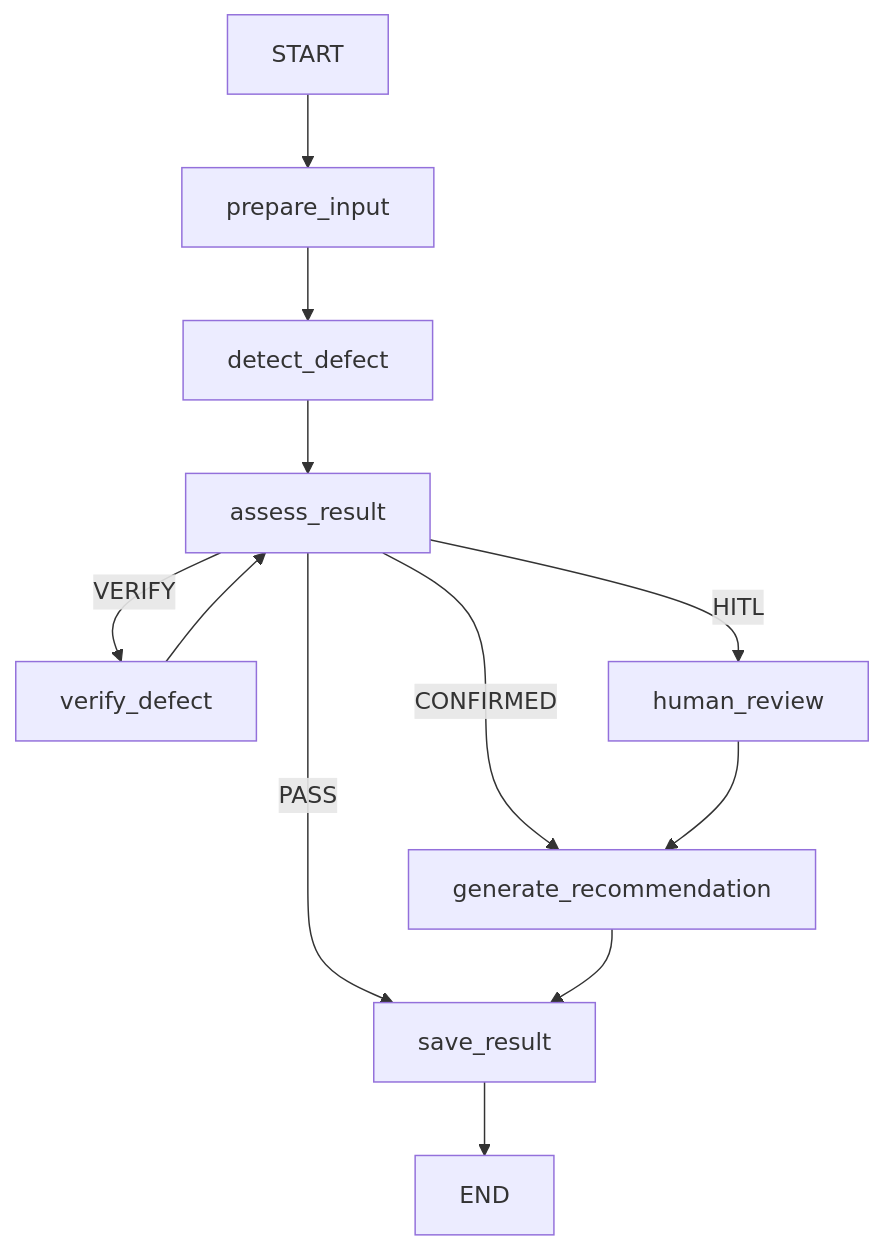
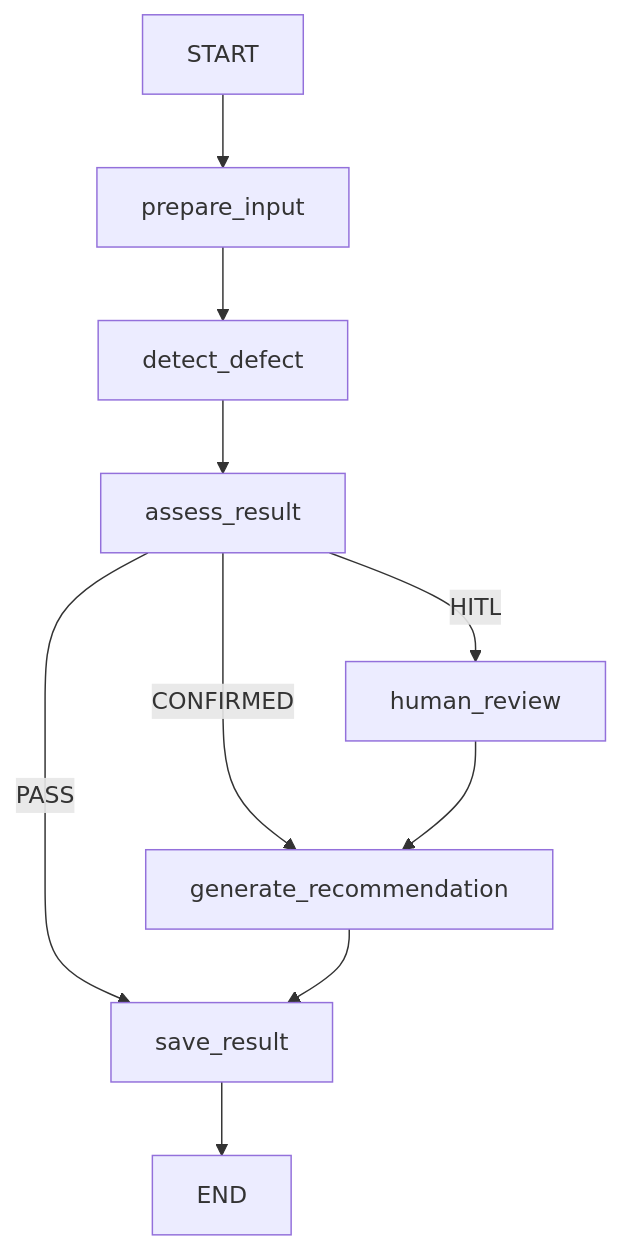
Before and after one commit to Dang2k5/surface_car: the diagram in README.md, drawn with Mermaid. The commit also changed other lines of this file and 29 other files, not shown here.

````diff
--- a/README.md
+++ b/README.md
@@ -99,14 +99,12 @@
 ```mermaid
 flowchart TD
     START --> prepare_input
     prepare_input --> detect_defect
     detect_defect --> assess_result
     assess_result -->|PASS| save_result
     assess_result -->|CONFIRMED| generate_recommendation
-    assess_result -->|VERIFY| verify_defect
     assess_result -->|HITL| human_review
-    verify_defect --> assess_result
     human_review --> generate_recommendation
     generate_recommendation --> save_result
     save_result --> END
 ```
````
